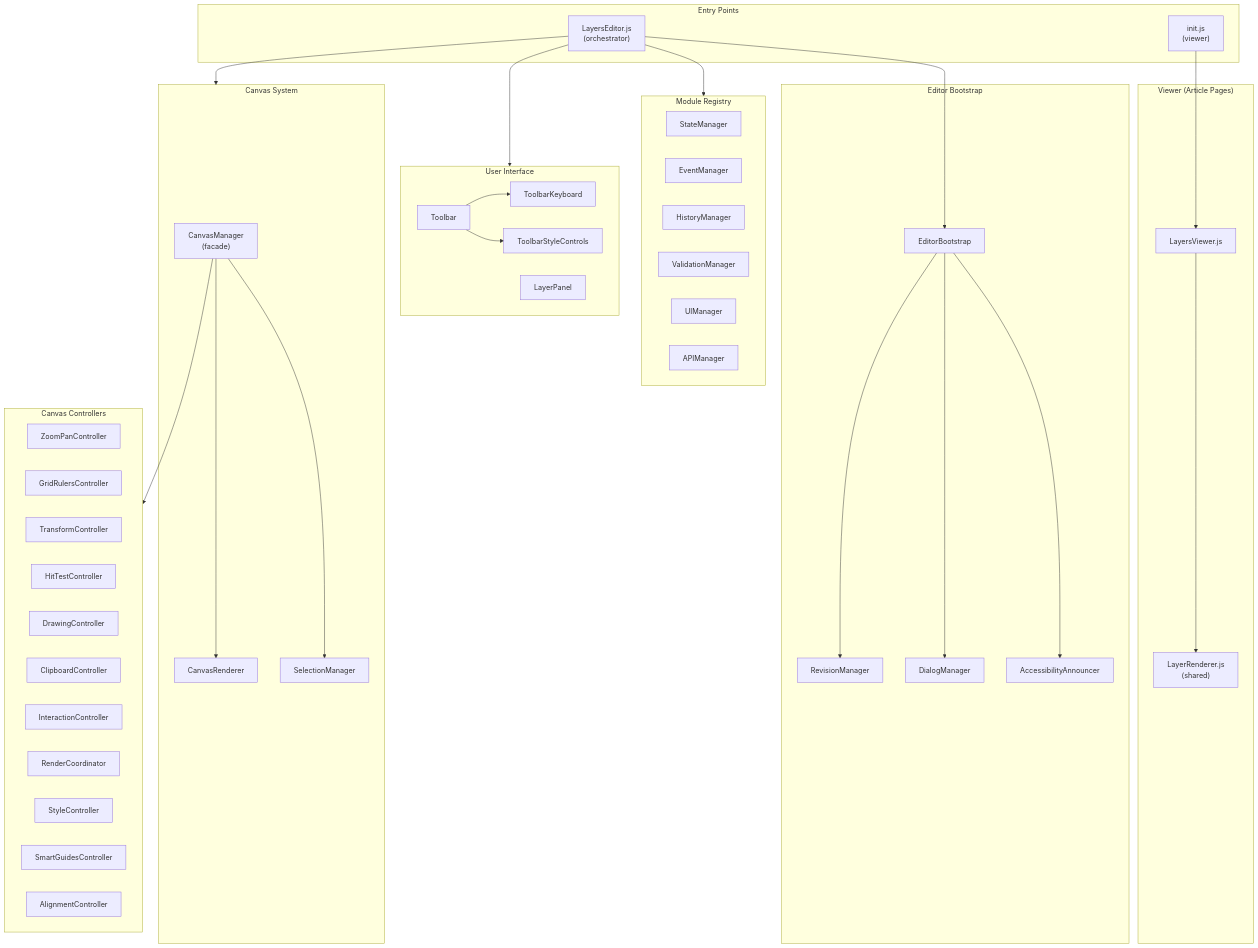
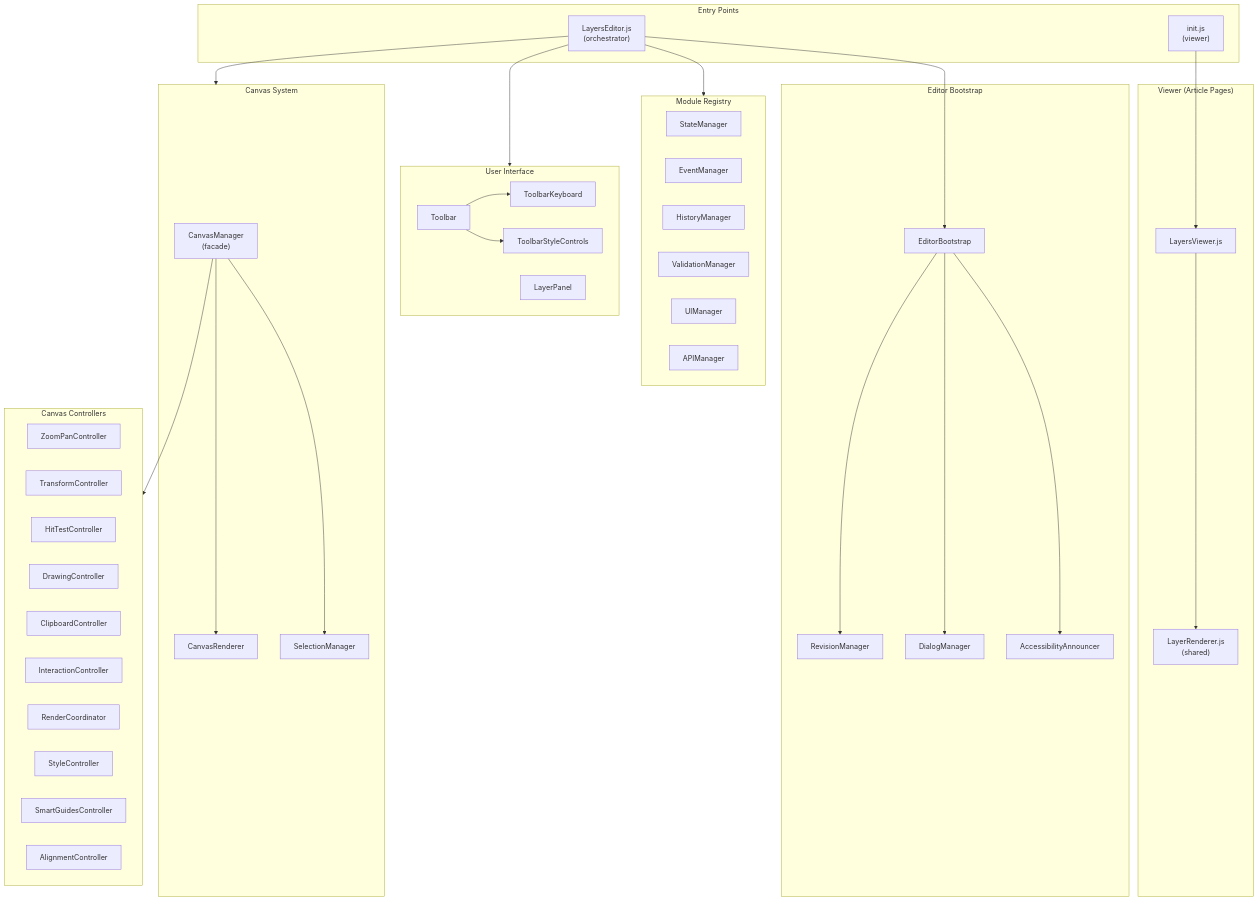
One commit to slickdexic/Layers changed the first of 10 diagrams in docs/ARCHITECTURE.md. Above: the diagram before and after it, drawn with Mermaid. The commit also changed other lines of this file and 25 other files, not shown here.

````diff
--- a/docs/ARCHITECTURE.md
+++ b/docs/ARCHITECTURE.md
@@ -141,73 +141,72 @@
 ```mermaid
 graph TB
     subgraph Entry["Entry Points"]
         init["init.js<br/>(viewer)"]
         editor["LayersEditor.js<br/>(orchestrator)"]
     end
 
     subgraph Viewer["Viewer (Article Pages)"]
         viewer["LayersViewer.js"]
         layerRenderer["LayerRenderer.js<br/>(shared)"]
     end
 
     subgraph Bootstrap["Editor Bootstrap"]
         bootstrap["EditorBootstrap"]
         revision["RevisionManager"]
         dialog["DialogManager"]
         announcer["AccessibilityAnnouncer"]
     end
 
     subgraph Registry["Module Registry"]
         state["StateManager"]
         event["EventManager"]
         history["HistoryManager"]
         validation["ValidationManager"]
         ui["UIManager"]
         api["APIManager"]
     end
 
     subgraph UI["User Interface"]
         toolbar["Toolbar"]
         keyboard["ToolbarKeyboard"]
         panel["LayerPanel"]
         styleControls["ToolbarStyleControls"]
     end
 
     subgraph Canvas["Canvas System"]
         canvasManager["CanvasManager<br/>(facade)"]
         canvasRenderer["CanvasRenderer"]
         selection["SelectionManager"]
     end
 
     subgraph Controllers["Canvas Controllers"]
         zoom["ZoomPanController"]
-        grid["GridRulersController"]
         transform["TransformController"]
         hit["HitTestController"]
         drawing["DrawingController"]
         clipboard["ClipboardController"]
         interaction["InteractionController"]
         render["RenderCoordinator"]
         styleCtrl["StyleController"]
         guides["SmartGuidesController"]
         alignment["AlignmentController"]
     end
 
     init --> viewer
     viewer --> layerRenderer
     editor --> bootstrap
     editor --> Registry
     editor --> UI
     editor --> Canvas
 
     bootstrap --> revision
     bootstrap --> dialog
     bootstrap --> announcer
 
     canvasManager --> canvasRenderer
     canvasManager --> selection
     canvasManager --> Controllers
 
     toolbar --> keyboard
     toolbar --> styleControls
 ```
````
